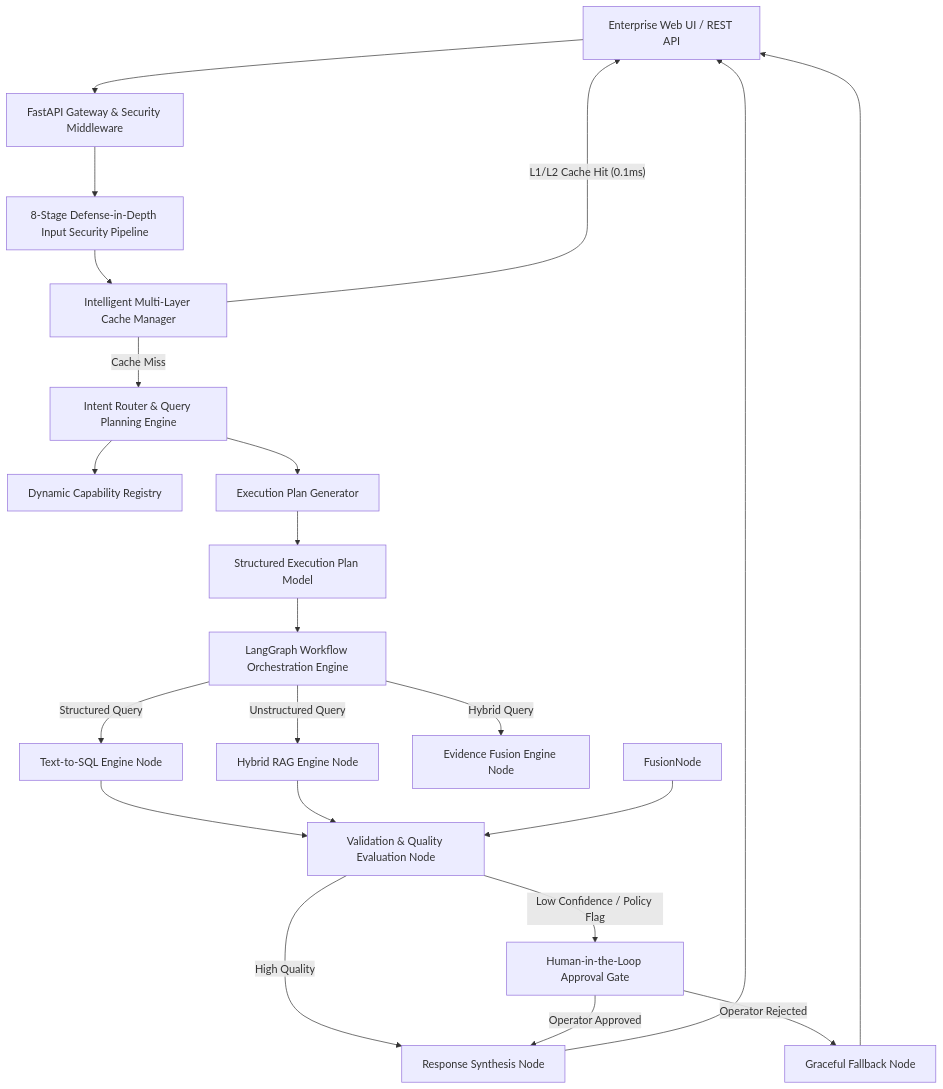
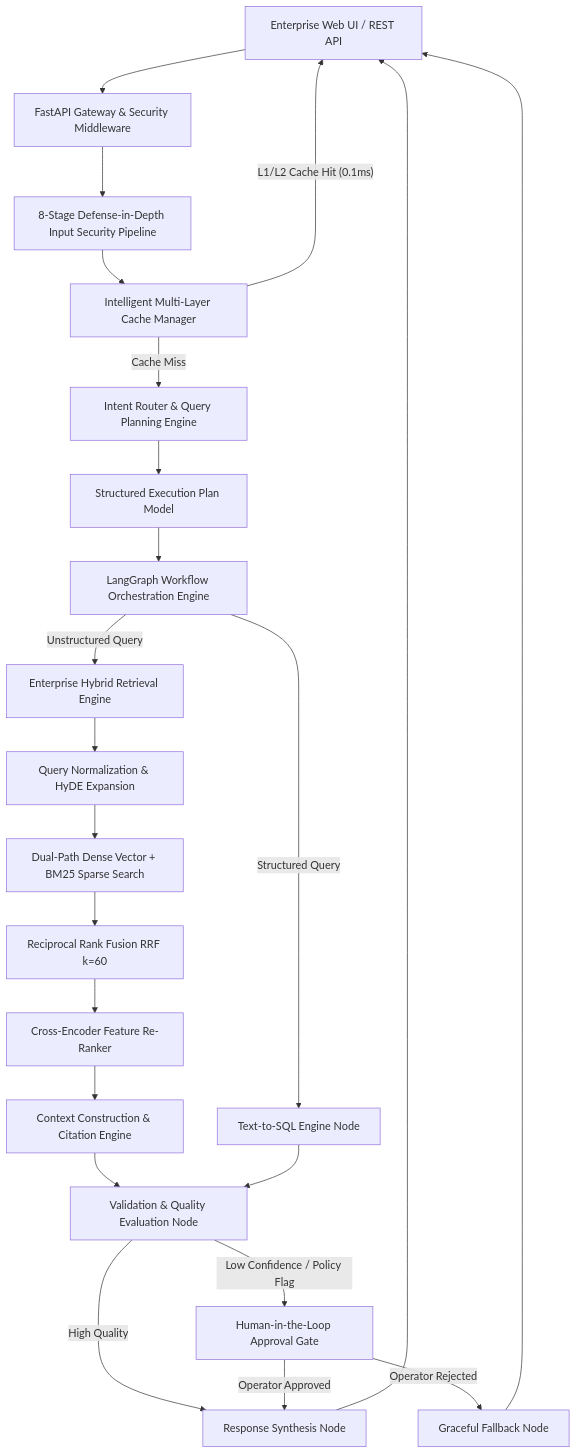
One commit to sreeram0343/ragtune changed the first of 2 diagrams in README.md. Above: the diagram before and after it, drawn with Mermaid. The commit also changed other lines of this file, not shown here.

Commit message:
docs: update README with Enterprise Hybrid Retrieval Engine architecture, dual-path search, RRF fusion, Cross-Encoder re-ranking, and diagrams

````diff
--- a/README.md
+++ b/README.md
@@ -42,32 +43,33 @@
 ```mermaid
 graph TD
     Client[Enterprise Web UI / REST API] --> Gateway[FastAPI Gateway & Security Middleware]
     Gateway --> SecurityPipeline[8-Stage Defense-in-Depth Input Security Pipeline]
     SecurityPipeline --> CacheManager[Intelligent Multi-Layer Cache Manager]
     
     CacheManager -- L1/L2 Cache Hit (0.1ms) --> Client
     CacheManager -- Cache Miss --> IntentRouter[Intent Router & Query Planning Engine]
     
-    IntentRouter --> Registry[Dynamic Capability Registry]
-    IntentRouter --> PlanGenerator[Execution Plan Generator]
-    
-    PlanGenerator --> ExecPlan[Structured Execution Plan Model]
+    IntentRouter --> ExecPlan[Structured Execution Plan Model]
     ExecPlan --> OrchestrationEngine[LangGraph Workflow Orchestration Engine]
     
+    OrchestrationEngine -->|Unstructured Query| HybridRetriever[Enterprise Hybrid Retrieval Engine]
     OrchestrationEngine -->|Structured Query| SQLAgent[Text-to-SQL Engine Node]
-    OrchestrationEngine -->|Unstructured Query| RAGAgent[Hybrid RAG Engine Node]
-    OrchestrationEngine -->|Hybrid Query| FusionAgent[Evidence Fusion Engine Node]
     
-    SQLAgent --> EvaluationNode[Validation & Quality Evaluation Node]
-    RAGAgent --> EvaluationNode
-    FusionNode --> EvaluationNode
+    HybridRetriever --> QueryUnderstanding[Query Normalization & HyDE Expansion]
+    QueryUnderstanding --> SearchEngine[Dual-Path Dense Vector + BM25 Sparse Search]
+    SearchEngine --> RRF[Reciprocal Rank Fusion RRF k=60]
+    RRF --> CrossEncoder[Cross-Encoder Feature Re-Ranker]
+    CrossEncoder --> ContextBuilder[Context Construction & Citation Engine]
+    
+    ContextBuilder --> EvaluationNode[Validation & Quality Evaluation Node]
+    SQLAgent --> EvaluationNode
     
     EvaluationNode -- High Quality --> SynthesisNode[Response Synthesis Node]
     EvaluationNode -- Low Confidence / Policy Flag --> HITLGate[Human-in-the-Loop Approval Gate]
     
     HITLGate -- Operator Approved --> SynthesisNode
     HITLGate -- Operator Rejected --> FallbackNode[Graceful Fallback Node]
     
     SynthesisNode --> Client
     FallbackNode --> Client
 ```
````
